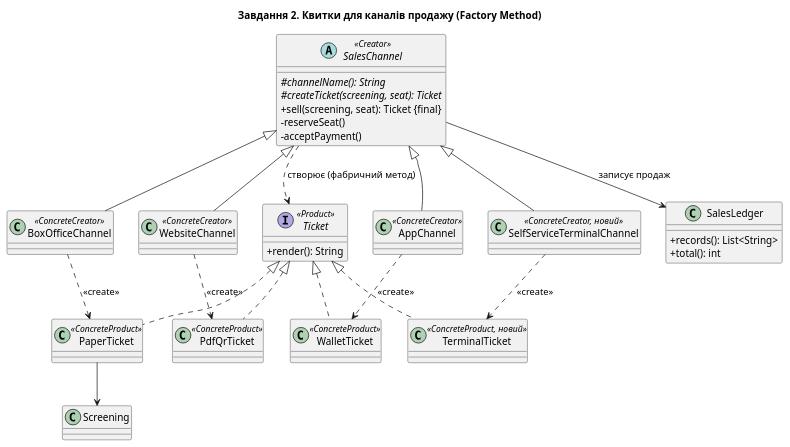
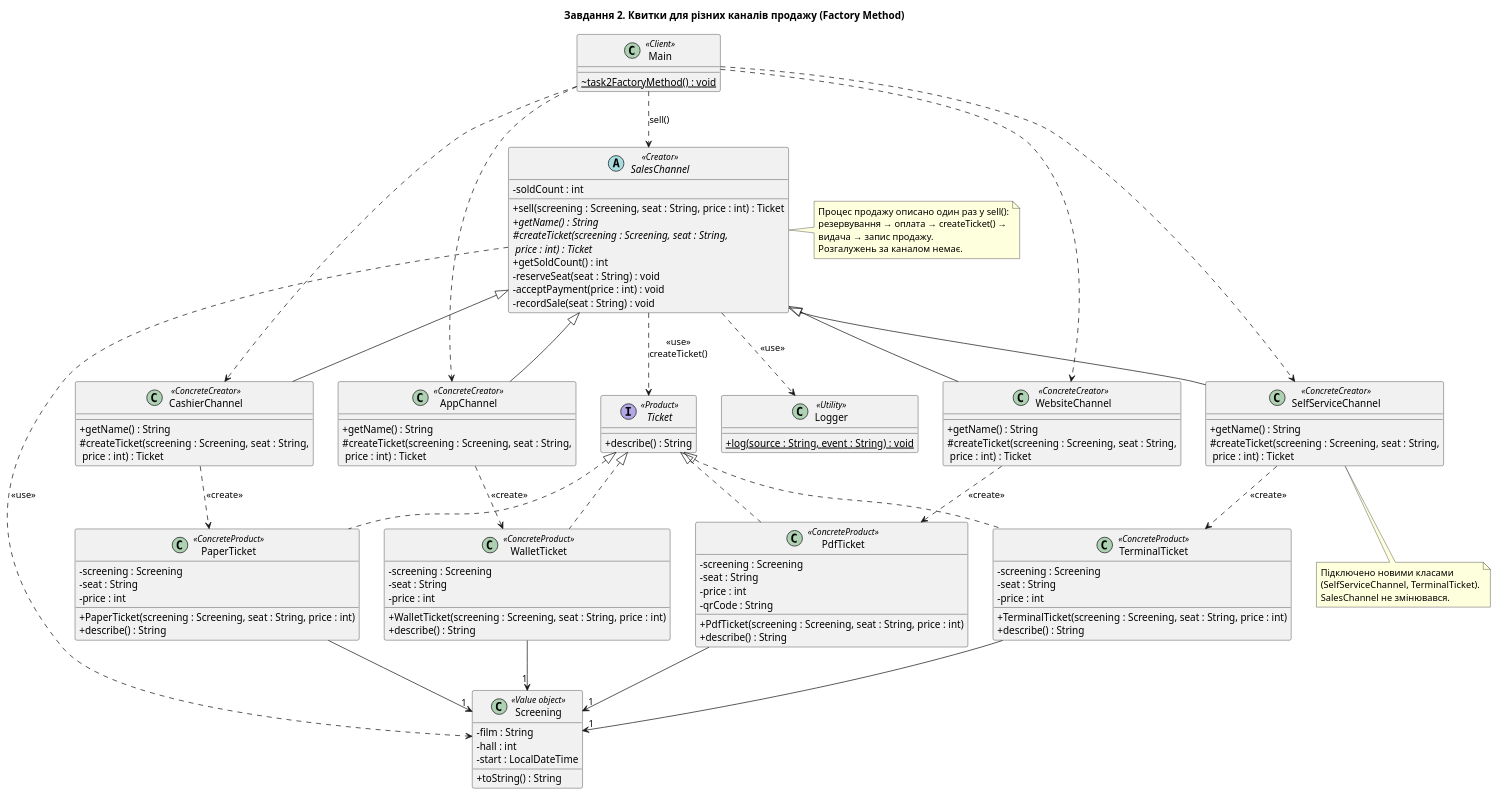
Before and after one commit to MaykaXX/lab10: the diagram in docs/diagrams/builder/task2_factory_method.puml, drawn with PlantUML. The commit also changed 1 other file, not shown here.

Commit message:
add puml diagram

```diff
--- a/docs/diagrams/builder/task2_factory_method.puml
+++ b/docs/diagrams/builder/task2_factory_method.puml
@@ -1,48 +1,123 @@
-@startuml
-title Завдання 2. Квитки для каналів продажу (Factory Method)
+@startuml task2_factory_method
+title Завдання 2. Квитки для різних каналів продажу (Factory Method)
 skinparam classAttributeIconSize 0
 
+abstract class SalesChannel <<Creator>> {
+  - soldCount : int
+  + sell(screening : Screening, seat : String, price : int) : Ticket
+  + {abstract} getName() : String
+  # {abstract} createTicket(screening : Screening, seat : String,\n price : int) : Ticket
+  + getSoldCount() : int
+  - reserveSeat(seat : String) : void
+  - acceptPayment(price : int) : void
+  - recordSale(seat : String) : void
+}
+
+class CashierChannel <<ConcreteCreator>> {
+  + getName() : String
+  # createTicket(screening : Screening, seat : String,\n price : int) : Ticket
+}
+class WebsiteChannel <<ConcreteCreator>> {
+  + getName() : String
+  # createTicket(screening : Screening, seat : String,\n price : int) : Ticket
+}
+class AppChannel <<ConcreteCreator>> {
+  + getName() : String
+  # createTicket(screening : Screening, seat : String,\n price : int) : Ticket
+}
+class SelfServiceChannel <<ConcreteCreator>> {
+  + getName() : String
+  # createTicket(screening : Screening, seat : String,\n price : int) : Ticket
+}
+
 interface Ticket <<Product>> {
-  +render(): String
+  + describe() : String
 }
-class PaperTicket <<ConcreteProduct>>
-class PdfQrTicket <<ConcreteProduct>>
-class WalletTicket <<ConcreteProduct>>
-class TerminalTicket <<ConcreteProduct, новий>>
 
-abstract class SalesChannel <<Creator>> {
-  #channelName(): String {abstract}
-  #createTicket(screening, seat): Ticket {abstract}
-  +sell(screening, seat): Ticket {final}
-  -reserveSeat()
-  -acceptPayment()
+class PaperTicket <<ConcreteProduct>> {
+  - screening : Screening
+  - seat : String
+  - price : int
+  + PaperTicket(screening : Screening, seat : String, price : int)
+  + describe() : String
 }
-class BoxOfficeChannel <<ConcreteCreator>>
-class WebsiteChannel <<ConcreteCreator>>
-class AppChannel <<ConcreteCreator>>
-class SelfServiceTerminalChannel <<ConcreteCreator, новий>>
+class PdfTicket <<ConcreteProduct>> {
+  - screening : Screening
+  - seat : String
+  - price : int
+  - qrCode : String
+  + PdfTicket(screening : Screening, seat : String, price : int)
+  + describe() : String
+}
+class WalletTicket <<ConcreteProduct>> {
+  - screening : Screening
+  - seat : String
+  - price : int
+  + WalletTicket(screening : Screening, seat : String, price : int)
+  + describe() : String
+}
+class TerminalTicket <<ConcreteProduct>> {
+  - screening : Screening
+  - seat : String
+  - price : int
+  + TerminalTicket(screening : Screening, seat : String, price : int)
+  + describe() : String
+}
 
-class SalesLedger {
-  +records(): List<String>
-  +total(): int
+class Screening <<Value object>> {
+  - film : String
+  - hall : int
+  - start : LocalDateTime
+  + toString() : String
 }
-class Screening
+
+class Logger <<Utility>> {
+  + {static} log(source : String, event : String) : void
+}
+
+class Main <<Client>> {
+  ~ {static} task2FactoryMethod() : void
+}
+
+note right of SalesChannel
+  Процес продажу описано один раз у sell():
+  резервування → оплата → createTicket() →
+  видача → запис продажу.
+  Розгалужень за каналом немає.
+end note
+
+note bottom of SelfServiceChannel
+  Підключено новими класами
+  (SelfServiceChannel, TerminalTicket).
+  SalesChannel не змінювався.
+end note
+
+SalesChannel <|-- CashierChannel
+SalesChannel <|-- WebsiteChannel
+SalesChannel <|-- AppChannel
+SalesChannel <|-- SelfServiceChannel
 
 Ticket <|.. PaperTicket
-Ticket <|.. PdfQrTicket
+Ticket <|.. PdfTicket
 Ticket <|.. WalletTicket
 Ticket <|.. TerminalTicket
 
-SalesChannel <|-- BoxOfficeChannel
-SalesChannel <|-- WebsiteChannel
-SalesChannel <|-- AppChannel
-SalesChannel <|-- SelfServiceTerminalChannel
+SalesChannel ..> Ticket : <<use>>\ncreateTicket()
+CashierChannel ..> PaperTicket : <<create>>
+WebsiteChannel ..> PdfTicket : <<create>>
+AppChannel ..> WalletTicket : <<create>>
+SelfServiceChannel ..> TerminalTicket : <<create>>
 
-SalesChannel ..> Ticket : створює (фабричний метод)
-SalesChannel --> SalesLedger : записує продаж
-BoxOfficeChannel ..> PaperTicket : <<create>>
-WebsiteChannel ..> PdfQrTicket : <<create>>
-AppChannel ..> WalletTicket : <<create>>
-SelfServiceTerminalChannel ..> TerminalTicket : <<create>>
-PaperTicket --> Screening
+SalesChannel ..> Screening : <<use>>
+SalesChannel ..> Logger : <<use>>
+PaperTicket --> "1" Screening
+PdfTicket --> "1" Screening
+WalletTicket --> "1" Screening
+TerminalTicket --> "1" Screening
+
+Main ..> SalesChannel : sell()
+Main ..> CashierChannel
+Main ..> WebsiteChannel
+Main ..> AppChannel
+Main ..> SelfServiceChannel
 @enduml
```
